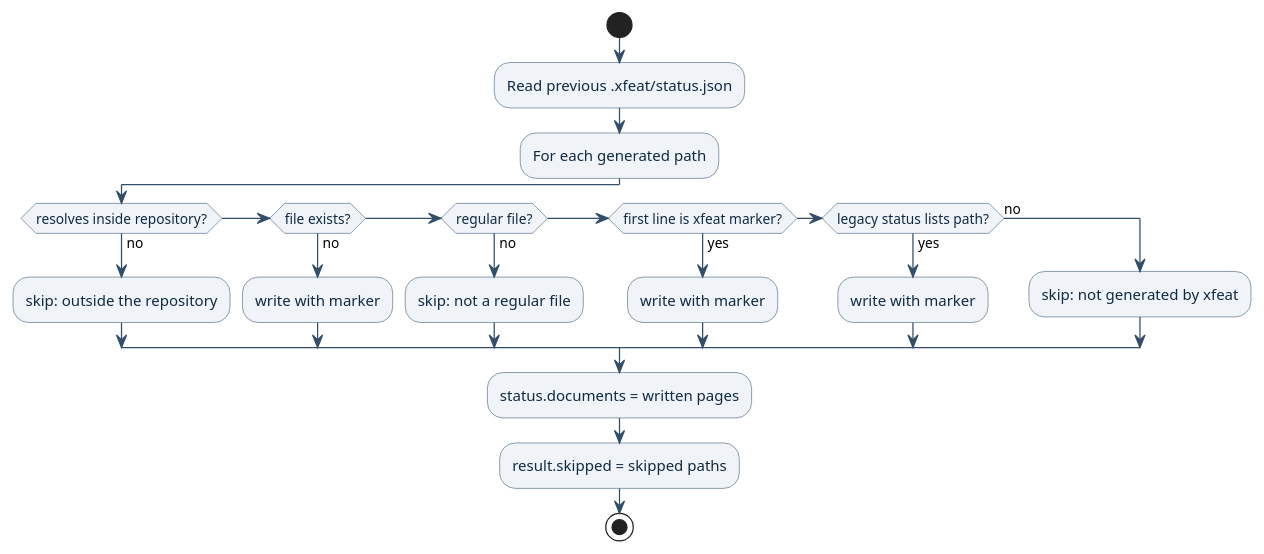
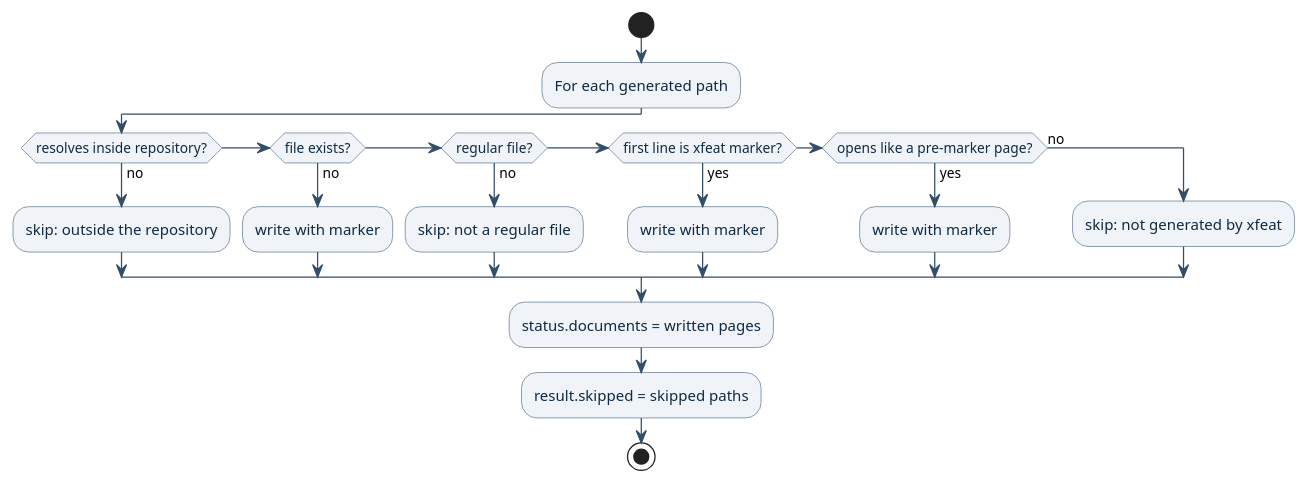
The diagram in docs/specs/diagrams/0019ed76fba2f4da/scan-file-ownership.puml (brunobrise/xfeat), drawn with PlantUML before and after one commit. The commit also changed 9 other files, not shown here.

Commit message:
fix: recognize pre-marker pages by content instead of the status file

```diff
--- a/docs/specs/diagrams/0019ed76fba2f4da/scan-file-ownership.puml
+++ b/docs/specs/diagrams/0019ed76fba2f4da/scan-file-ownership.puml
@@ -1,31 +1,30 @@
 @startuml
 skinparam backgroundColor #FFFFFF
 skinparam shadowing false
 skinparam defaultFontName Helvetica
 skinparam activity {
   BorderColor #486581
   FontColor #102A43
   BackgroundColor #F0F4F8
 }
 skinparam arrowColor #334E68
 
 start
-:Read previous .xfeat/status.json;
 :For each generated path;
 if (resolves inside repository?) then (no)
   :skip: outside the repository;
 elseif (file exists?) then (no)
   :write with marker;
 elseif (regular file?) then (no)
   :skip: not a regular file;
 elseif (first line is xfeat marker?) then (yes)
   :write with marker;
-elseif (legacy status lists path?) then (yes)
+elseif (opens like a pre-marker page?) then (yes)
   :write with marker;
 else (no)
   :skip: not generated by xfeat;
 endif
 :status.documents = written pages;
 :result.skipped = skipped paths;
 stop
 @enduml
```
